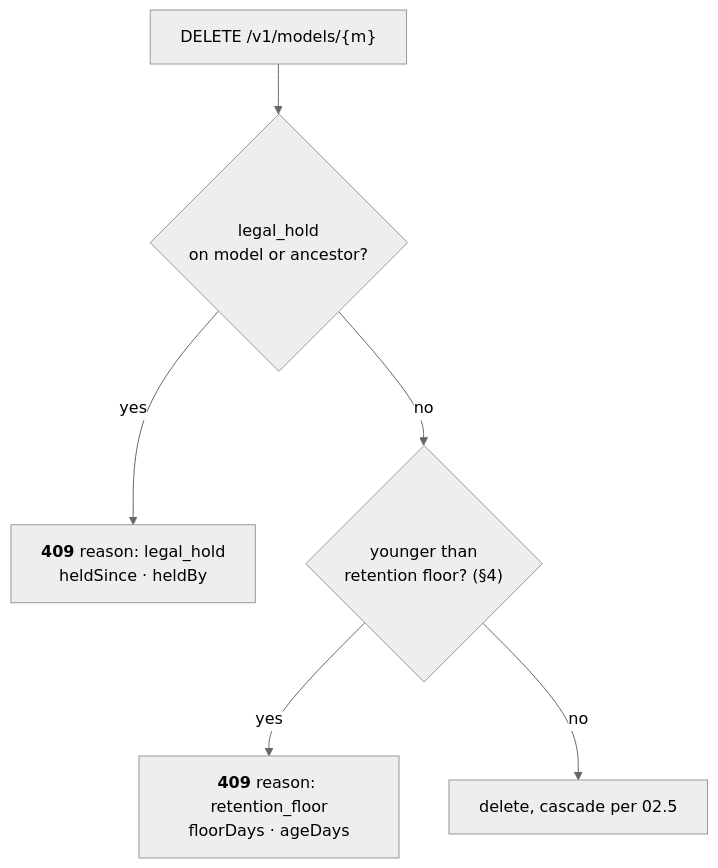
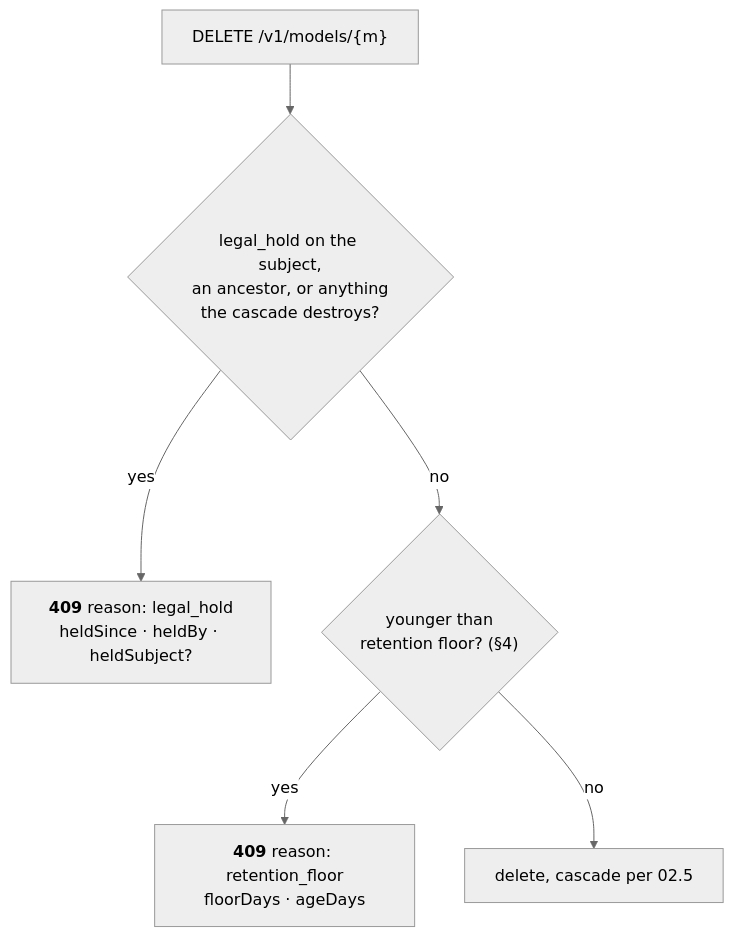
One commit to proseria-research/lineage changed the first of 2 diagrams in docs/19-retention-and-hold.md. Above: the diagram before and after it, drawn with Mermaid (neutral theme). The commit also changed other lines of this file, not shown here.

````diff
--- a/docs/19-retention-and-hold.md
+++ b/docs/19-retention-and-hold.md
@@ -55,8 +74,8 @@
 ```mermaid
 flowchart TB
-    d["DELETE /v1/models/{m}"] --> h{"legal_hold<br/>on model or ancestor?"}
-    h -->|yes| r1["<b>409</b> reason: legal_hold<br/>heldSince · heldBy"]
+    d["DELETE /v1/models/{m}"] --> h{"legal_hold on the subject,<br/>an ancestor, or anything<br/>the cascade destroys?"}
+    h -->|yes| r1["<b>409</b> reason: legal_hold<br/>heldSince · heldBy · heldSubject?"]
     h -->|no| f{"younger than<br/>retention floor? (§4)"}
     f -->|yes| r2["<b>409</b> reason: retention_floor<br/>floorDays · ageDays"]
     f -->|no| ok["delete, cascade per 02.5"]
 ```
````
